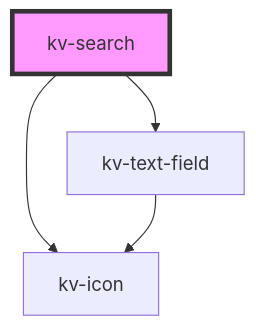
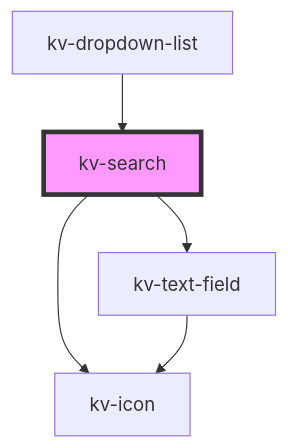
One commit to kelvininc/ui-components changed the diagram in packages/ui-components/src/components/search/readme.md. Above: the diagram before and after it, drawn with Mermaid. The commit also changed other lines of this file and 56 other files, not shown here.

````diff
--- a/packages/ui-components/src/components/search/readme.md
+++ b/packages/ui-components/src/components/search/readme.md
@@ -75,7 +79,8 @@
 ```mermaid
 graph TD;
   kv-search --> kv-text-field
   kv-search --> kv-icon
   kv-text-field --> kv-icon
+  kv-dropdown-list --> kv-search
   style kv-search fill:#f9f,stroke:#333,stroke-width:4px
 ```
````
